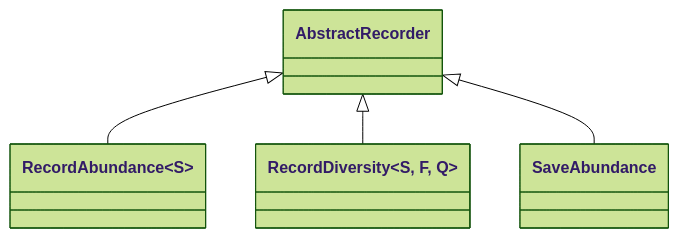
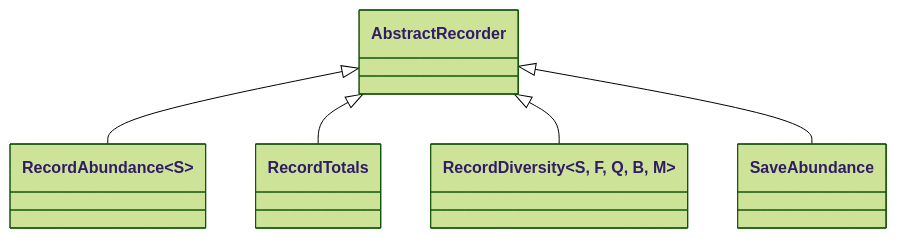
One commit to EcoJulia/EcoSISTEM.jl changed diagram 22 of 28 in data/architecture.md. Above: the diagram before and after it, drawn with Mermaid (forest theme). The commit also changed other lines of this file and 12 other files, not shown here.

````diff
--- a/data/architecture.md
+++ b/data/architecture.md
@@ -1142,9 +1142,10 @@
 ```mermaid
 classDiagram
     class AbstractRecorder
     class RecordAbundance~S~
-    class RecordDiversity~S, F, Q~
+    class RecordDiversity~S, F, Q, B, M~
     AbstractRecorder <|-- RecordAbundance
+    AbstractRecorder <|-- RecordTotals
     AbstractRecorder <|-- RecordDiversity
     AbstractRecorder <|-- SaveAbundance
 ```
````
